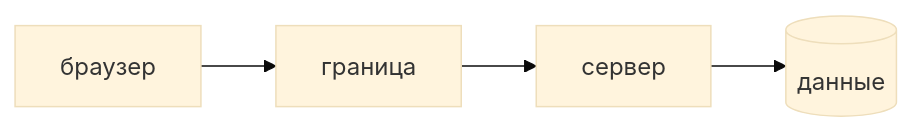
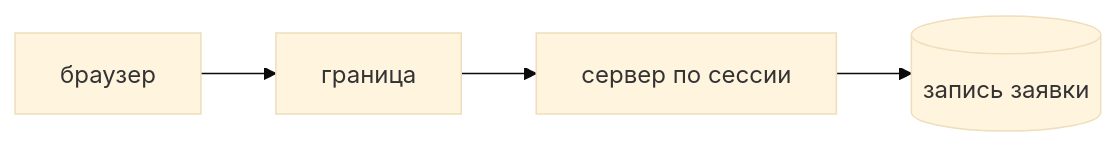
The diagram in nine-to-eighteen/ui/src/data/learn/security/sec06-threat-model.md (AlexanderNY/cursor_test), drawn with Mermaid (base theme) before and after one commit. The commit also changed other lines of this file and 40 other files, not shown here.

````diff
--- a/nine-to-eighteen/ui/src/data/learn/security/sec06-threat-model.md
+++ b/nine-to-eighteen/ui/src/data/learn/security/sec06-threat-model.md
@@ -52,6 +106,6 @@
 ```mermaid
 flowchart LR
   B[браузер] --> G[граница]
-  G --> API[сервер]
-  API --> DB[(данные)]
+  G --> API[сервер по сессии]
+  API --> DB[(запись заявки)]
 ```
````
